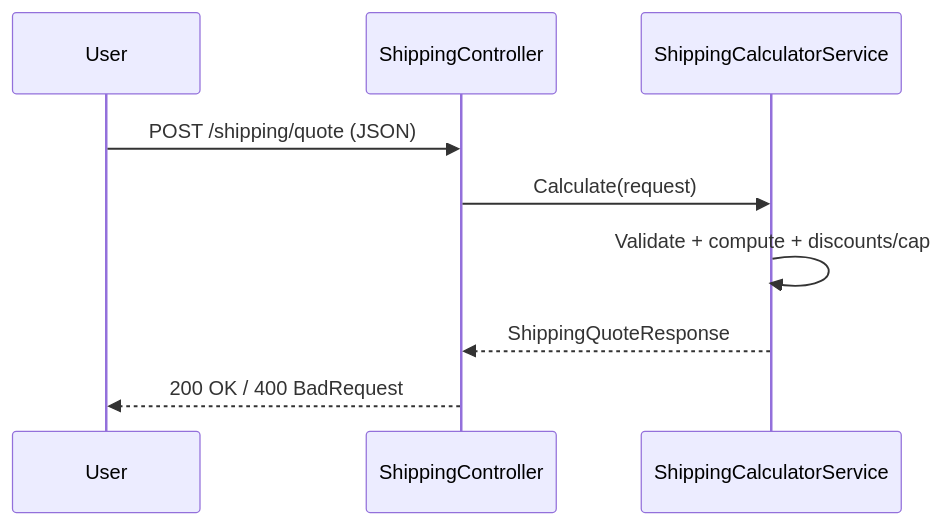
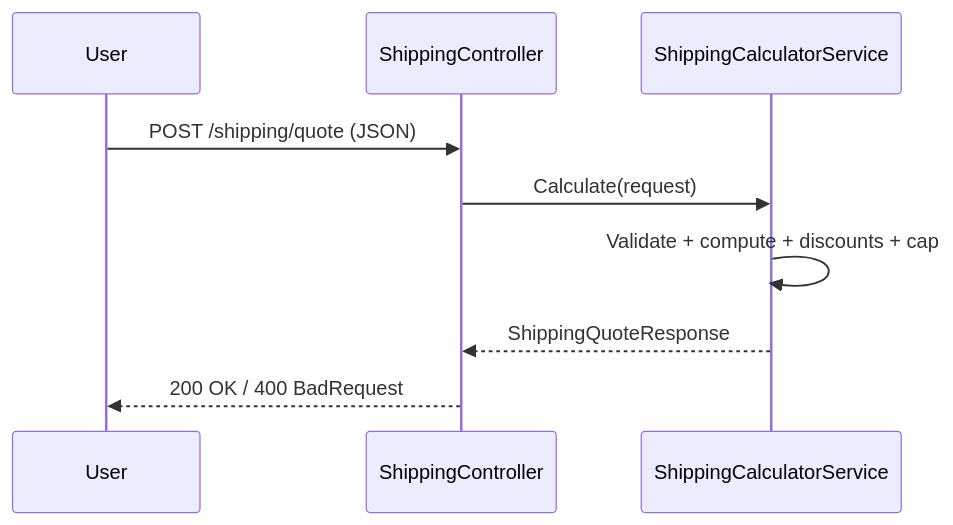
Before and after one commit to dimaflorinalex/ProiectTSS: the fifth of 7 diagrams in README.md, drawn with Mermaid. The commit also changed other lines of this file and 63 other files, not shown here.

````diff
--- a/README.md
+++ b/README.md
@@ -60,12 +170,12 @@
 ```mermaid
 sequenceDiagram
     participant U as User
     participant C as ShippingController
     participant S as ShippingCalculatorService
 
     U->>C: POST /shipping/quote (JSON)
     C->>S: Calculate(request)
-    S->>S: Validate + compute + discounts/cap
+    S->>S: Validate + compute + discounts + cap
     S-->>C: ShippingQuoteResponse
     C-->>U: 200 OK / 400 BadRequest
 ```
````
